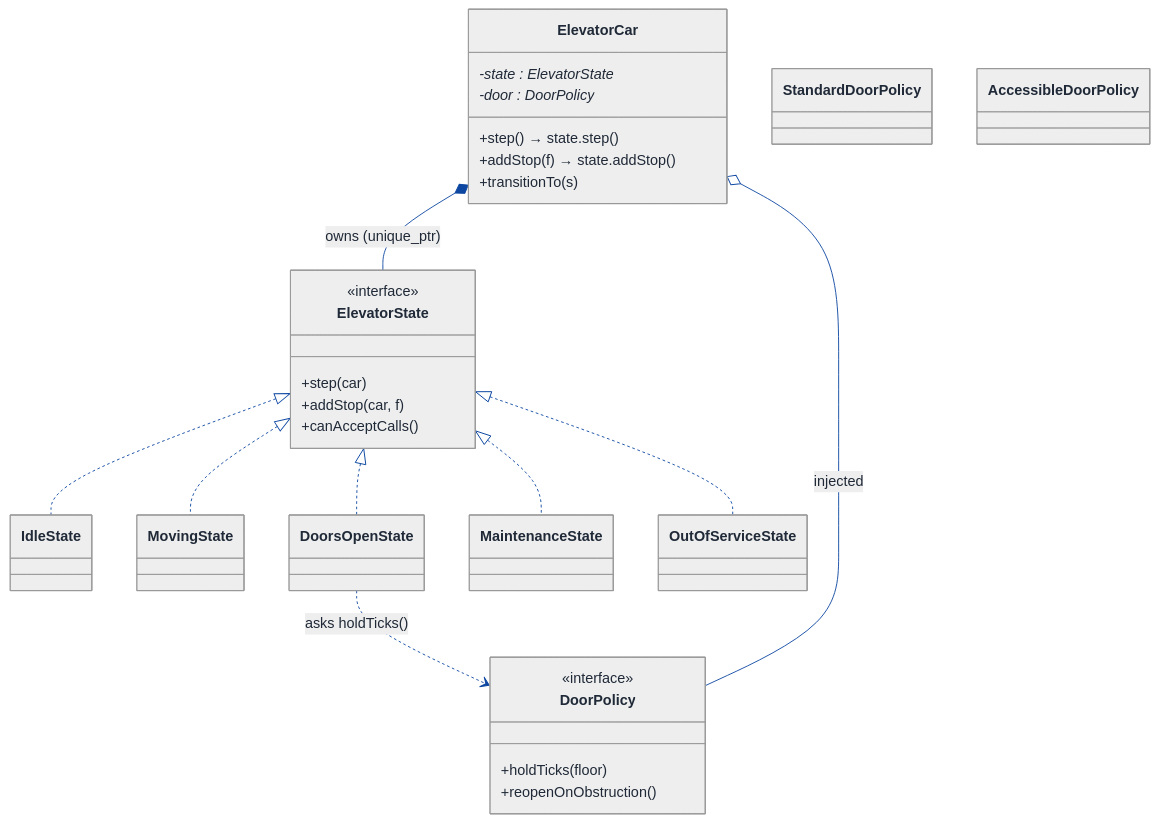
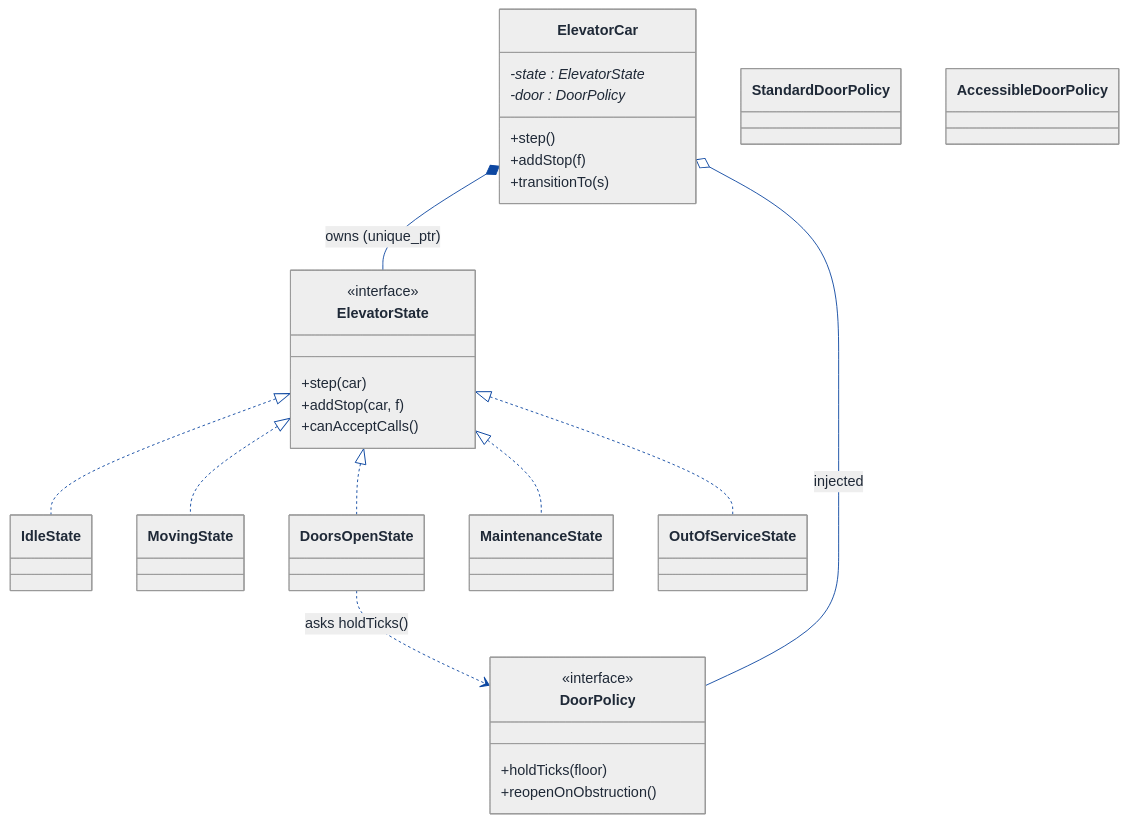
The sixth of 8 diagrams in LLD/Topics/Object_Oriented_Design/Elevator_System.md (Prateek-5/question-bank), drawn with Mermaid before and after one commit. The commit also changed other lines of this file and 61 other files, not shown here.

First line of the commit message:
Fix invalid mermaid classDiagram member syntax across LLD walkthroughs

````diff
--- a/LLD/Topics/Object_Oriented_Design/Elevator_System.md
+++ b/LLD/Topics/Object_Oriented_Design/Elevator_System.md
@@ -907,69 +907,69 @@
 ```mermaid
 ---
 config:
   theme: neutral
   themeVariables:
     background: '#ffffff'
     primaryColor: '#cfe2ff'
     primaryTextColor: '#1f2937'
     primaryBorderColor: '#084298'
     secondaryColor: '#fff3cd'
     secondaryTextColor: '#1f2937'
     secondaryBorderColor: '#664d03'
     tertiaryColor: '#d1e7dd'
     tertiaryTextColor: '#1f2937'
     tertiaryBorderColor: '#0a3622'
     lineColor: '#0d47a1'
     textColor: '#1f2937'
     noteBkgColor: '#fff3cd'
     noteTextColor: '#1f2937'
     noteBorderColor: '#997404'
     actorBkg: '#cfe2ff'
     actorBorder: '#084298'
     actorTextColor: '#1f2937'
     signalColor: '#0d47a1'
     signalTextColor: '#1f2937'
     labelBoxBkgColor: '#ffffff'
     labelBoxBorderColor: '#d3d3d3'
     labelTextColor: '#1f2937'
     edgeLabelBackground: '#ffffff'
     labelBackground: '#ffffff'
     classText: '#1f2937'
     fontFamily: 'system-ui, -apple-system, Segoe UI, Helvetica, Arial, sans-serif'
 ---
 classDiagram
   direction TB
   class ElevatorCar {
     -state : ElevatorState*
     -door : DoorPolicy*
-    +step()     → state.step()
-    +addStop(f) → state.addStop()
+    +step()
+    +addStop(f)
     +transitionTo(s)
   }
   class ElevatorState {
     <<interface>>
     +step(car)
     +addStop(car, f)
     +canAcceptCalls()
   }
   class DoorPolicy {
     <<interface>>
     +holdTicks(floor)
     +reopenOnObstruction()
   }
   class IdleState
   class MovingState
   class DoorsOpenState
   class MaintenanceState
   class OutOfServiceState
   class StandardDoorPolicy
   class AccessibleDoorPolicy
   ElevatorCar *-- ElevatorState : owns (unique_ptr)
   ElevatorCar o-- DoorPolicy : injected
   ElevatorState <|.. IdleState
   ElevatorState <|.. MovingState
   ElevatorState <|.. DoorsOpenState
   ElevatorState <|.. MaintenanceState
   ElevatorState <|.. OutOfServiceState
   DoorsOpenState ..> DoorPolicy : asks holdTicks()
 ```
````
